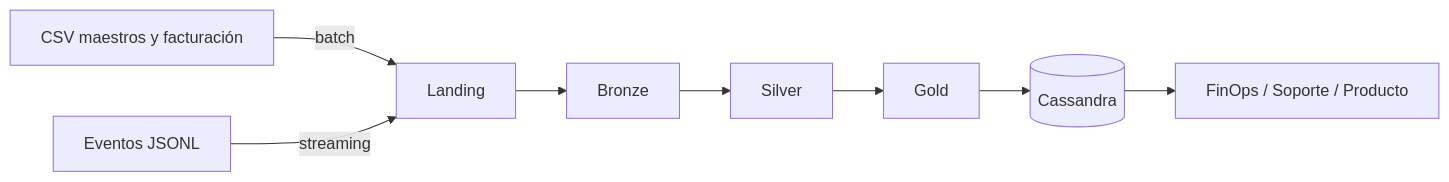
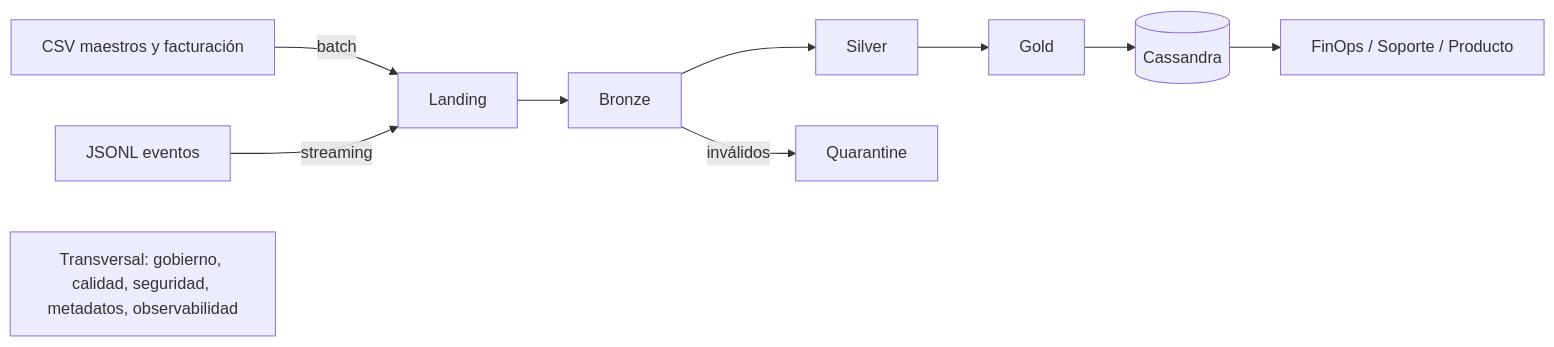
Before and after one commit to leadministrador/mineria-datos-ii-proyecto-integrador: the diagram in docs/DISENO.md, drawn with Mermaid. The commit also changed other lines of this file, not shown here.

````diff
--- a/docs/DISENO.md
+++ b/docs/DISENO.md
@@ -53,10 +56,12 @@
 ```mermaid
 flowchart LR
   A[CSV maestros y facturación] -->|batch| L[Landing]
-  B[Eventos JSONL] -->|streaming| L
+  B[JSONL eventos] -->|streaming| L
   L --> BR[Bronze]
   BR --> S[Silver]
+  BR -->|inválidos| Q[Quarantine]
   S --> G[Gold]
   G --> C[(Cassandra)]
   C --> U[FinOps / Soporte / Producto]
+  T[Transversal: gobierno, calidad, seguridad, metadatos, observabilidad]
 ```
````
